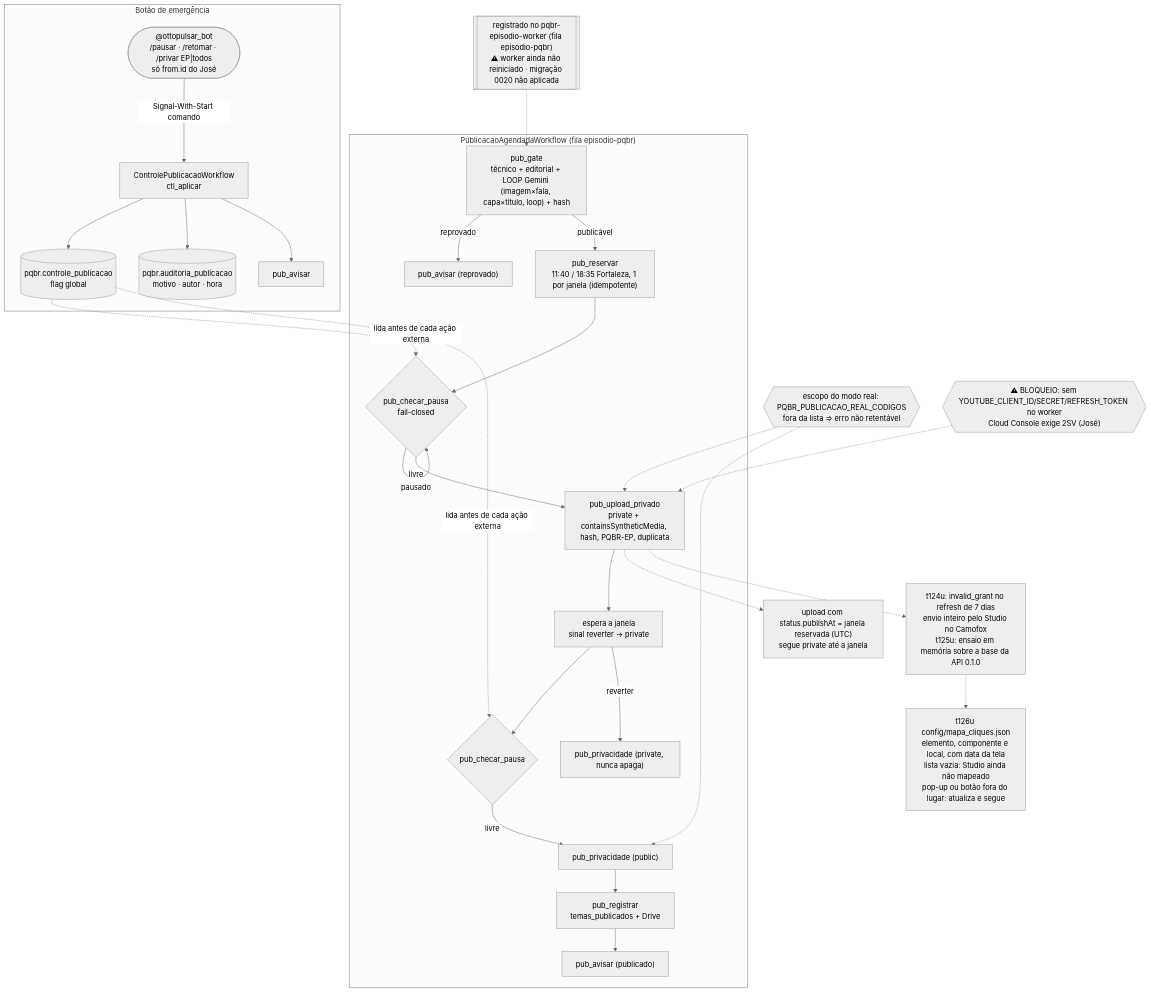
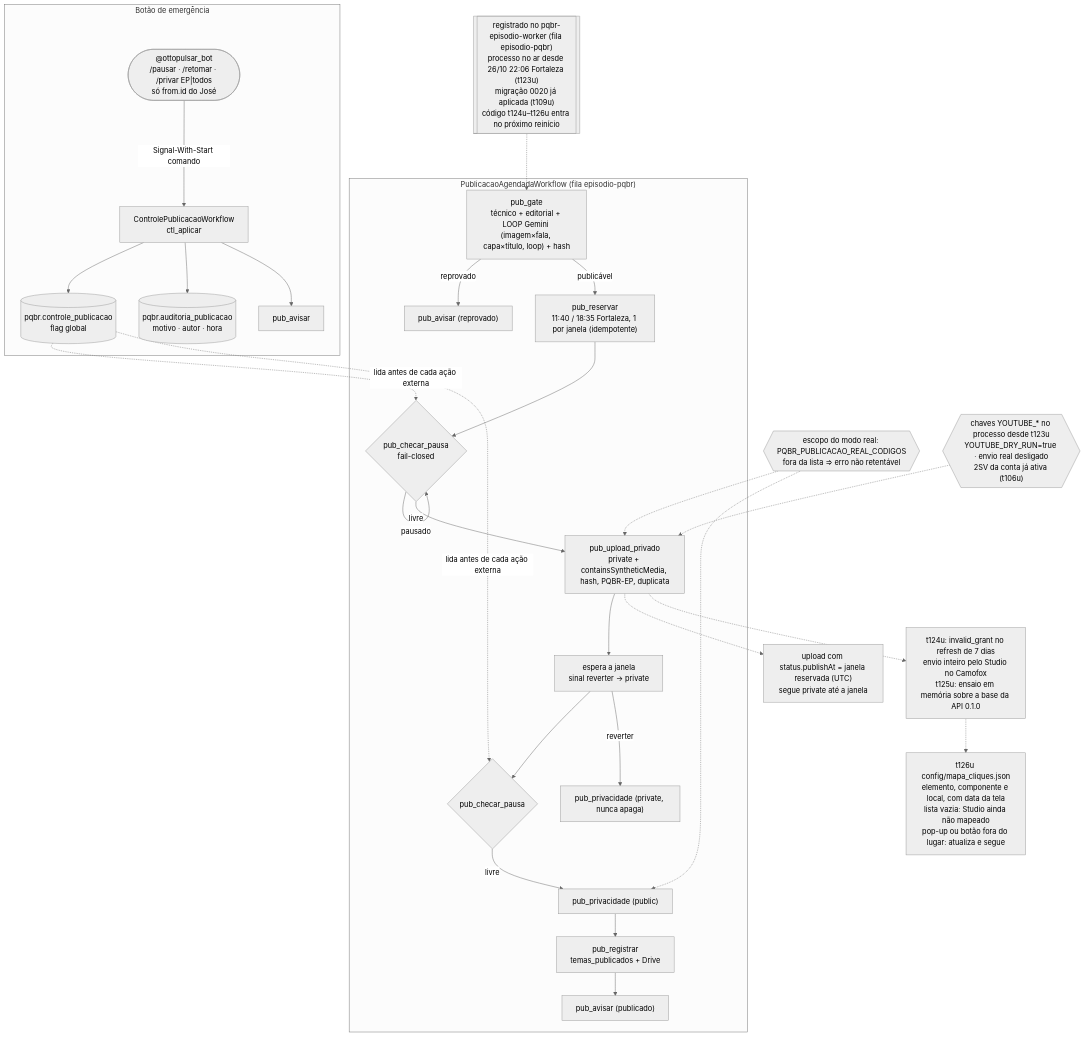
Before and after one commit to jvmendesjr/PQBR: the diagram in docs/mapa/11-publicacao.mmd, drawn with Mermaid (neutral theme). The commit also changed 7 other files, not shown here.

First line of the commit message:
publicação: diagrama 11 deixa de afirmar bloqueios já resolvidos (t127u)

```diff
--- a/docs/mapa/11-publicacao.mmd
+++ b/docs/mapa/11-publicacao.mmd
@@ -1,27 +1,27 @@
 %% Publicação automática + botão de emergência (t540/t541, José 25/10/2026). Alterado pelo agente externo PQBR com autorização do José.
 %% Sem aprovação humana: o gate é a única barreira. Telegram só AVISA. Simulação por padrão (YOUTUBE_DRY_RUN + PQBR_PUBLICACAO_REAL).
 flowchart TD
   subgraph PUB["PublicacaoAgendadaWorkflow (fila episodio-pqbr)"]
     G["pub_gate<br/>técnico + editorial + LOOP Gemini (imagem×fala, capa×título, loop) + hash"] -->|reprovado| AR["pub_avisar (reprovado)"]
     G -->|publicável| R["pub_reservar<br/>11:40 / 18:35 Fortaleza, 1 por janela (idempotente)"]
     R --> P1{"pub_checar_pausa<br/>fail-closed"} -->|pausado| P1
     P1 -->|livre| U["pub_upload_privado<br/>private + containsSyntheticMedia, hash, PQBR-EP, duplicata"]
     U --> W["espera a janela<br/>sinal reverter → private"]
     W --> P2{"pub_checar_pausa"} -->|livre| PR["pub_privacidade (public)"]
     PR --> RG["pub_registrar<br/>temas_publicados + Drive"] --> AP["pub_avisar (publicado)"]
     W -->|reverter| RV["pub_privacidade (private, nunca apaga)"]
   end
   subgraph EMG["Botão de emergência"]
     TG(["@ottopulsar_bot<br/>/pausar · /retomar · /privar EP|todos<br/>só from.id do José"]) -->|Signal-With-Start comando| CTL["ControlePublicacaoWorkflow<br/>ctl_aplicar"]
     CTL --> FLAG[("pqbr.controle_publicacao<br/>flag global")]
     CTL --> AUD[("pqbr.auditoria_publicacao<br/>motivo · autor · hora")]
     CTL --> AV2["pub_avisar"]
   end
   FLAG -.lida antes de cada ação externa.-> P1 & P2
   %% 0.4.5 (t69s317/t70u, 26/10/2026)
   U -.-> PA["upload com status.publishAt = janela reservada (UTC)<br/>segue private até a janela"]
   U -.-> CF["t124u: invalid_grant no refresh de 7 dias<br/>envio inteiro pelo Studio no Camofox<br/>t125u: ensaio em memória sobre a base da API 0.1.0"]
   CF -.-> MC["t126u config/mapa_cliques.json<br/>elemento, componente e local, com data da tela<br/>lista vazia: Studio ainda não mapeado<br/>pop-up ou botão fora do lugar: atualiza e segue"]
   SC{{"escopo do modo real: PQBR_PUBLICACAO_REAL_CODIGOS<br/>fora da lista ⇒ erro não retentável"}} -.-> U & PR
-  WK[["registrado no pqbr-episodio-worker (fila episodio-pqbr)<br/>⚠ worker ainda não reiniciado · migração 0020 não aplicada"]] -.-> G
-  BL{{"⚠ BLOQUEIO: sem YOUTUBE_CLIENT_ID/SECRET/REFRESH_TOKEN no worker<br/>Cloud Console exige 2SV (José)"}} -.-> U
+  WK[["registrado no pqbr-episodio-worker (fila episodio-pqbr)<br/>processo no ar desde 26/10 22:06 Fortaleza (t123u)<br/>migração 0020 já aplicada (t109u)<br/>código t124u–t126u entra no próximo reinício"]] -.-> G
+  BL{{"chaves YOUTUBE_* no processo desde t123u<br/>YOUTUBE_DRY_RUN=true · envio real desligado<br/>2SV da conta já ativa (t106u)"}} -.-> U
```
